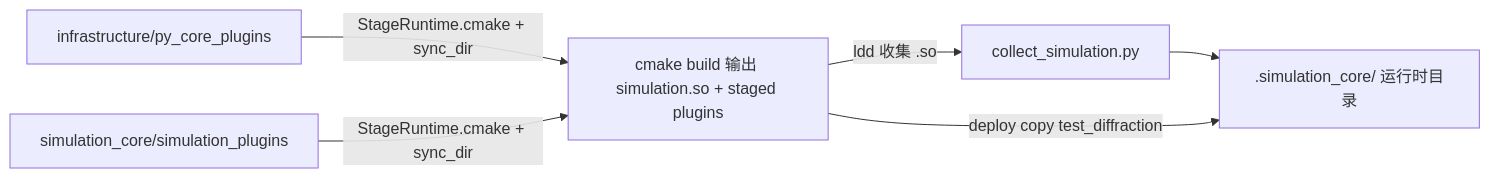
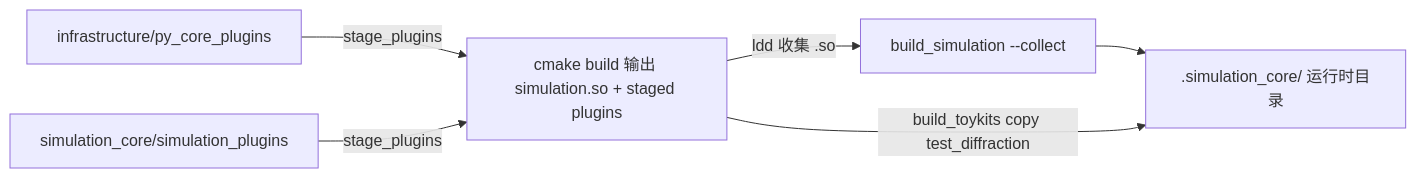
The second of 4 diagrams in scripts/simulation_toykits_deploy.md (likooooo/simulation_toykits), drawn with Mermaid before and after one commit. The commit also changed other lines of this file and 67 other files, not shown here.

````diff
--- a/scripts/simulation_toykits_deploy.md
+++ b/scripts/simulation_toykits_deploy.md
@@ -63,14 +63,14 @@
 ```mermaid
 flowchart LR
   InfraPCP[infrastructure/py_core_plugins]
   SimPlugSrc[simulation_core/simulation_plugins]
   CmakeBuild[cmake build 输出 simulation.so + staged plugins]
-  Collect[collect_simulation.py]
+  Collect[build_simulation --collect]
   Runtime[".simulation_core/ 运行时目录"]
 
-  InfraPCP -->|StageRuntime.cmake + sync_dir| CmakeBuild
-  SimPlugSrc -->|StageRuntime.cmake + sync_dir| CmakeBuild
+  InfraPCP -->|stage_plugins| CmakeBuild
+  SimPlugSrc -->|stage_plugins| CmakeBuild
   CmakeBuild -->|ldd 收集 .so| Collect
   Collect --> Runtime
-  CmakeBuild -->|deploy copy test_diffraction| Runtime
+  CmakeBuild -->|build_toykits copy test_diffraction| Runtime
 ```
````
